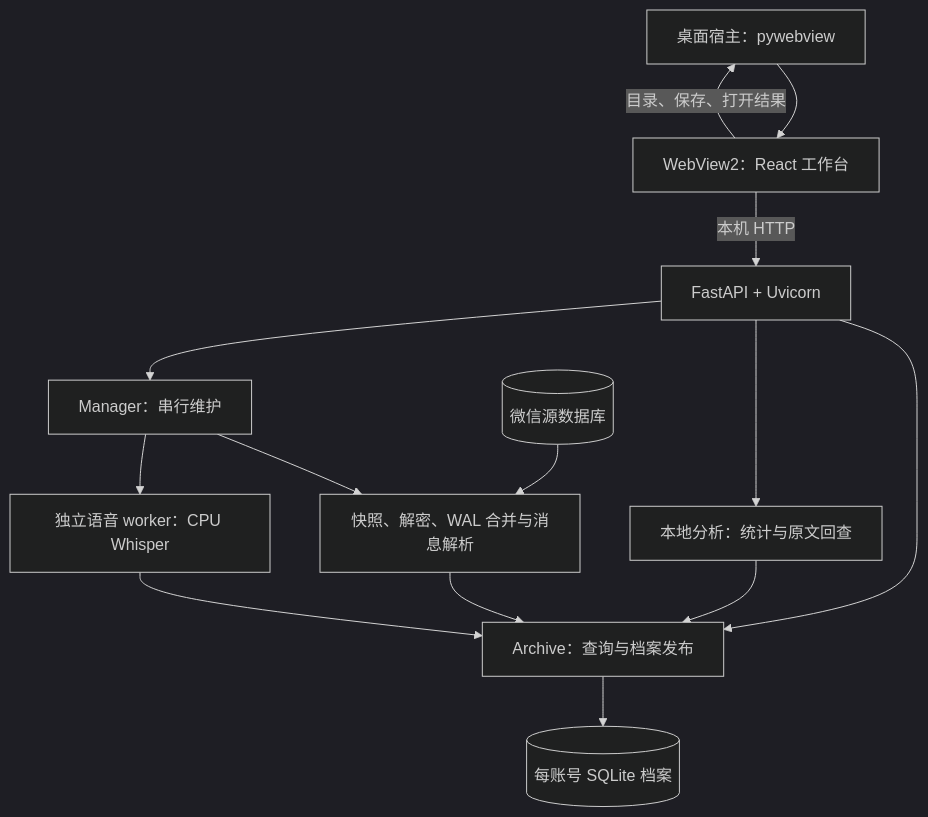
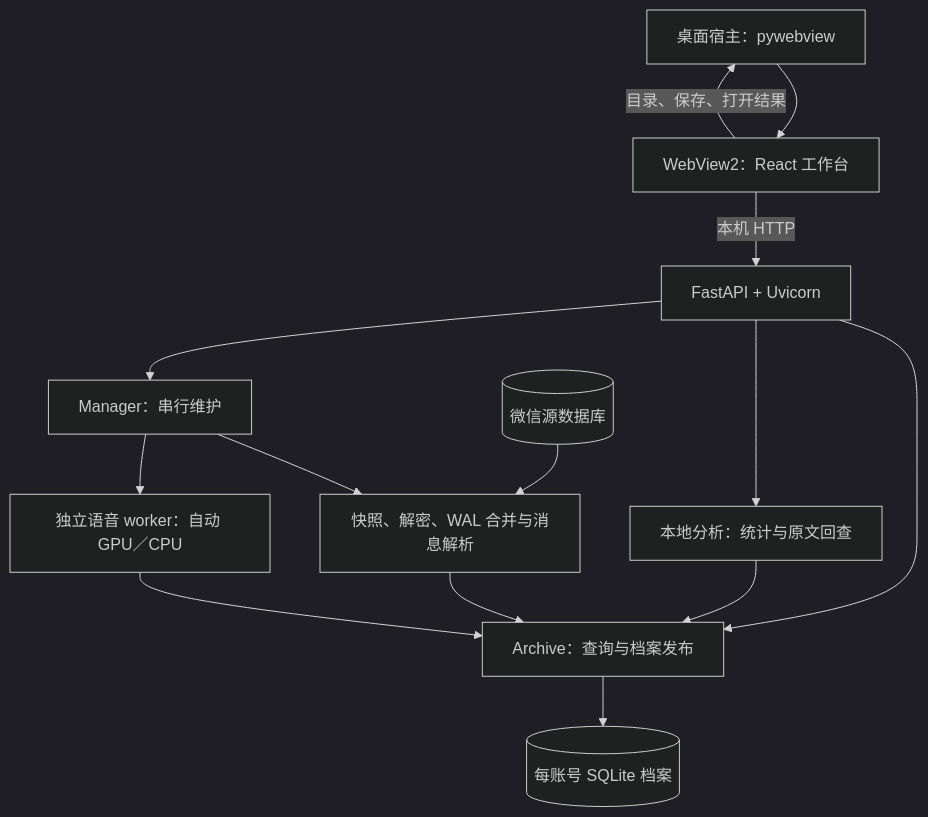
One commit to Mapotofsky/wechat-export-tool changed the first of 3 diagrams in README.md. Above: the diagram before and after it, drawn with Mermaid (dark theme). The commit also changed other lines of this file and 21 other files, not shown here.

````diff
--- a/README.md
+++ b/README.md
@@ -107,16 +115,16 @@
 ```mermaid
 flowchart TB
     Host["桌面宿主：pywebview"] --> UI["WebView2：React 工作台"]
     UI -->|本机 HTTP| API["FastAPI + Uvicorn"]
     UI -->|目录、保存、打开结果| Host
     API --> Store["Archive：查询与档案发布"]
     API --> Analysis["本地分析：统计与原文回查"]
     Store --> DB[("每账号 SQLite 档案")]
     Analysis --> Store
     API --> Manager["Manager：串行维护"]
     Manager --> Import["快照、解密、WAL 合并与消息解析"]
     Source[("微信源数据库")] --> Import
     Import --> Store
-    Manager --> Voice["独立语音 worker：CPU Whisper"]
+    Manager --> Voice["独立语音 worker：自动 GPU／CPU"]
     Voice --> Store
 ```
````
